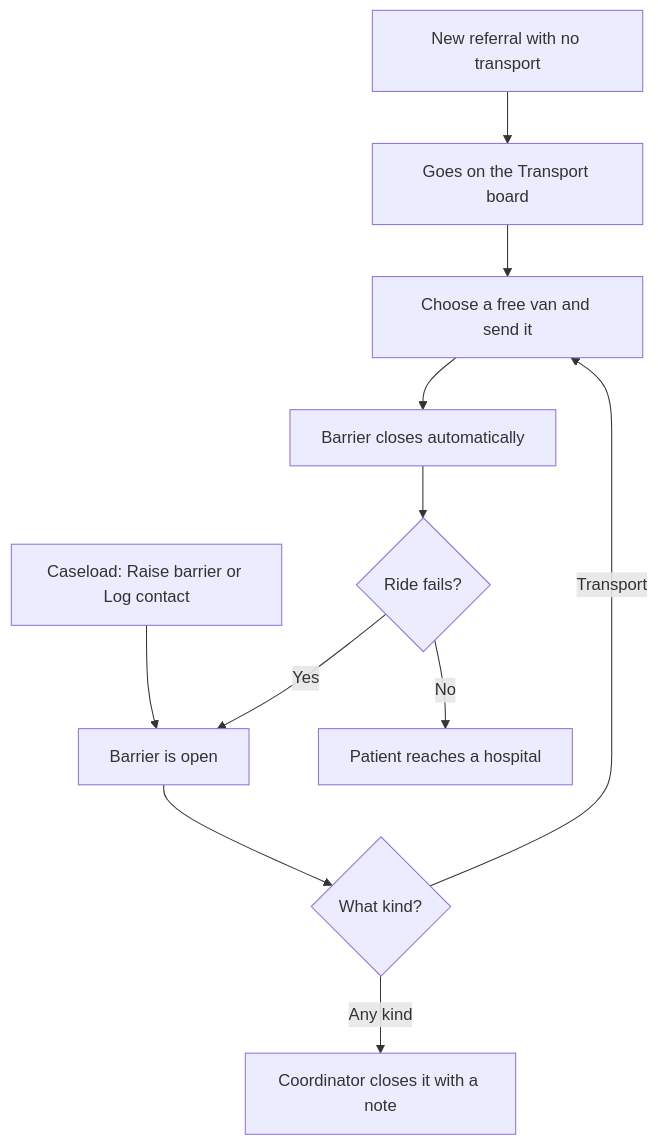
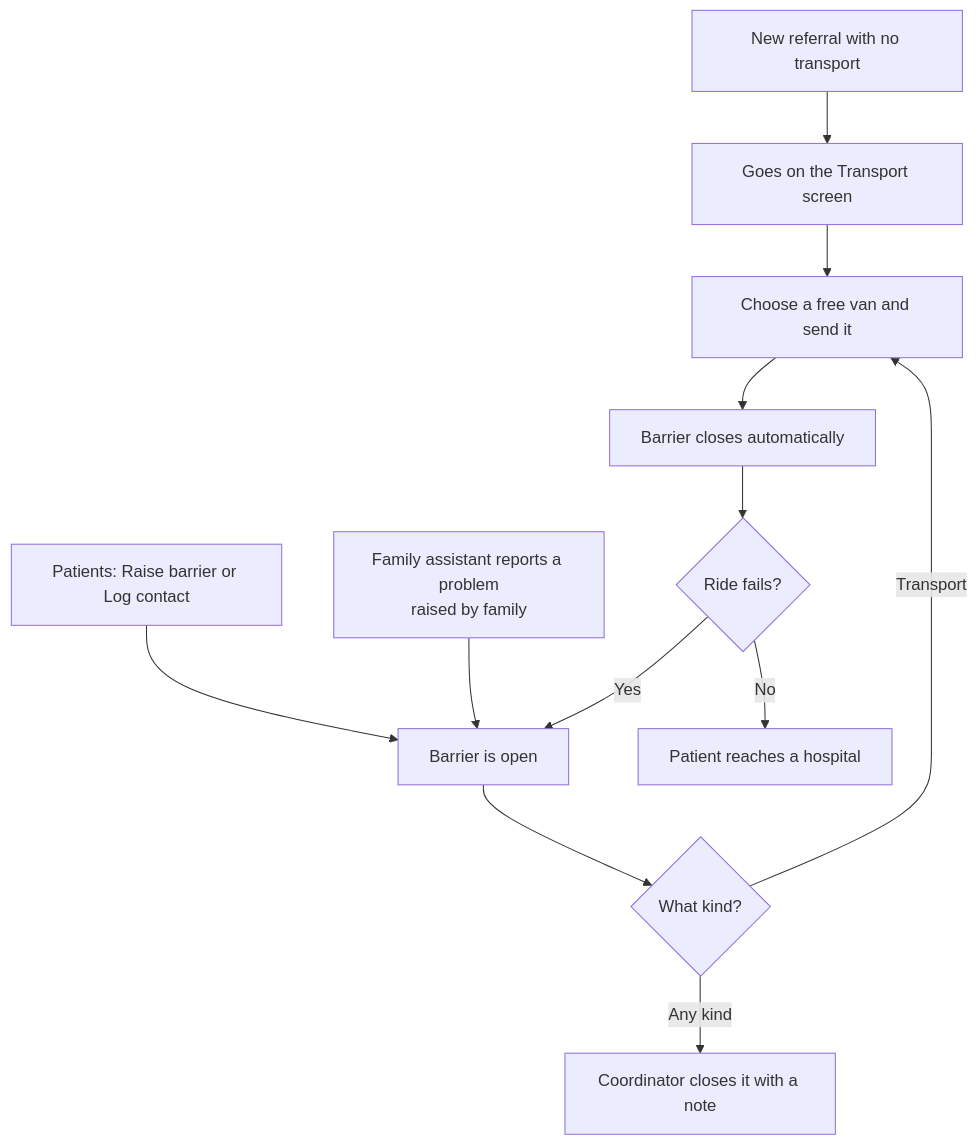
One commit to Shabnam852/health-a-thon changed the diagram in docs/diagrams/06-barriers.mmd. Above: the diagram before and after it, drawn with Mermaid. The commit also changed 129 other files, not shown here.

First line of the commit message:
feat: add the family voice assistant and staff AI tools

```diff
--- a/docs/diagrams/06-barriers.mmd
+++ b/docs/diagrams/06-barriers.mmd
@@ -1,13 +1,14 @@
 flowchart TD
   accTitle: Barriers
-  accDescr: A new referral with no transport goes on the Transport board. Barriers open from the Caseload screen. A transport barrier is closed by sending a van and reopens if the ride fails. Any barrier can also be closed by the coordinator with a note saying how it was solved.
-  A["New referral with no transport"] --> T["Goes on the Transport board"]
+  accDescr: A new referral with no transport goes on the Transport screen. Barriers open from the Patients screen, or when the family tells the family assistant about a money, transport or childcare problem. A transport barrier is closed by sending a van and reopens if the ride fails. Any barrier can also be closed by the coordinator with a note saying how it was solved.
+  A["New referral with no transport"] --> T["Goes on the Transport screen"]
   T --> D["Choose a free van and send it"]
-  B["Caseload: Raise barrier or Log contact"] --> O["Barrier is open"]
+  B["Patients: Raise barrier or Log contact"] --> O["Barrier is open"]
+  FA["Family assistant reports a problem<br/>raised by family"] --> O
   O --> Q{"What kind?"}
   Q -->|Transport| D
   D --> R["Barrier closes automatically"]
   R --> P{"Ride fails?"}
   P -->|Yes| O
   P -->|No| Z["Patient reaches a hospital"]
   Q -->|"Any kind"| X["Coordinator closes it with a note"]
```
